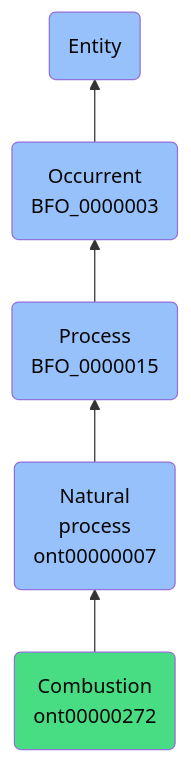
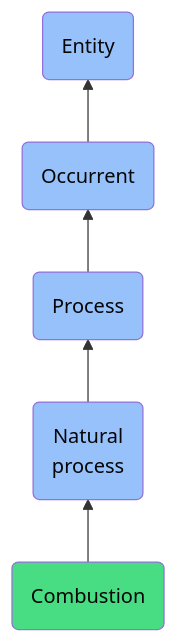
One commit to jupyter-naas/abi changed the diagram in docs/ontology/reference/model/Entity/Occurrent/Process/Natural process/Combustion/Combustion.md. Above: the diagram before and after it, drawn with Mermaid. The commit also changed other lines of this file and 1430 other files, not shown here.

````diff
--- a/docs/ontology/reference/model/Entity/Occurrent/Process/Natural process/Combustion/Combustion.md
+++ b/docs/ontology/reference/model/Entity/Occurrent/Process/Natural process/Combustion/Combustion.md
@@ -25,12 +25,12 @@
 ```mermaid
 graph BT
-    ont00000272(Combustion<br>ont00000272):::ABI-->ont00000007
-    ont00000007(Natural<br>process<br>ont00000007):::BFO-->BFO_0000015
-    BFO_0000015(Process<br>BFO_0000015):::BFO-->BFO_0000003
-    BFO_0000003(Occurrent<br>BFO_0000003):::BFO-->BFO_0000001
+    ont00000272(Combustion):::ABI-->ont00000007
+    ont00000007(Natural<br>process):::BFO-->BFO_0000015
+    BFO_0000015(Process):::BFO-->BFO_0000003
+    BFO_0000003(Occurrent):::BFO-->BFO_0000001
     BFO_0000001(Entity):::BFO
     
     classDef BFO fill:#97c1fb,color:#060606
     classDef CCO fill:#e4c51e,color:#060606
     classDef ABI fill:#48DD82,color:#060606
 ```
````
